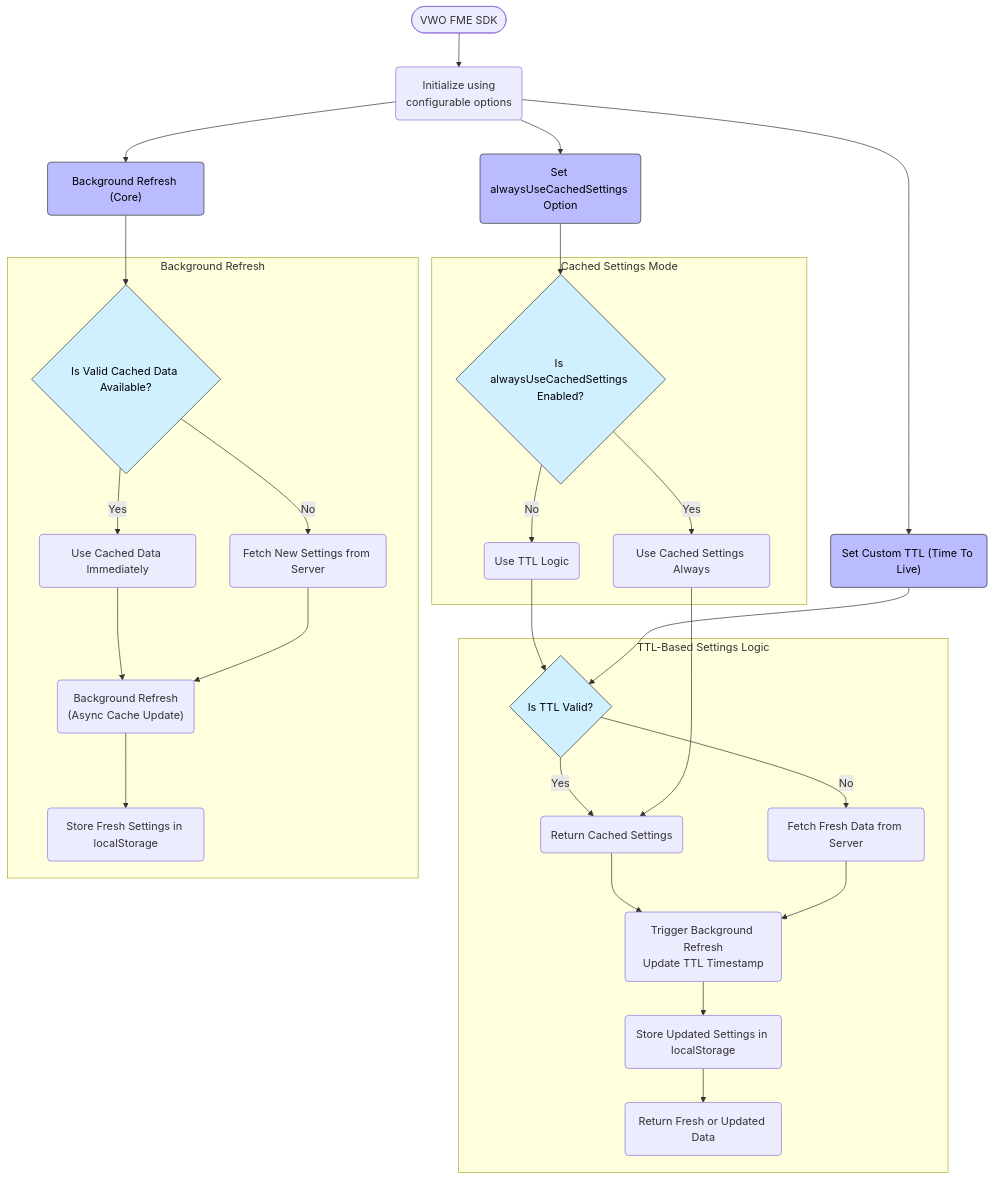
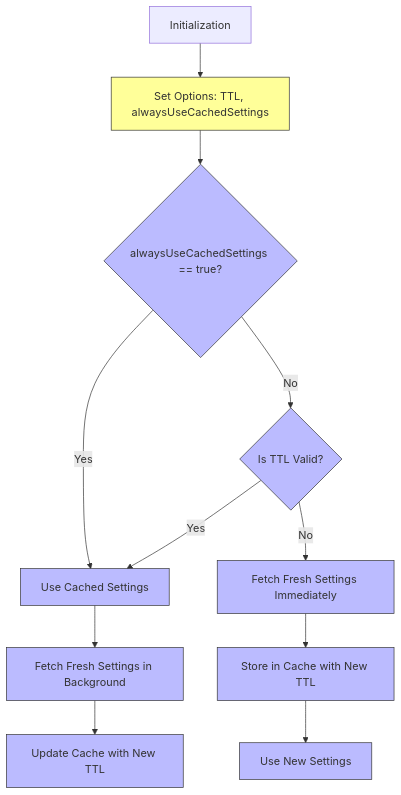
The diagram in docs/SDK Reference/mobile-sdks/fme-javascript/cache-settings.md (wingify/readme-central), drawn with Mermaid before and after one commit.

Commit message:
Update doc `cache-settings`

````diff
--- a/docs/SDK Reference/mobile-sdks/fme-javascript/cache-settings.md
+++ b/docs/SDK Reference/mobile-sdks/fme-javascript/cache-settings.md
@@ -128,56 +128,25 @@
 ```mermaid
 flowchart TD
+    A[Initialization] --> B[Set Options: TTL, alwaysUseCachedSettings]
+    B --> C{alwaysUseCachedSettings == true?}
 
-    %% ENTRY POINT
-    A0(["VWO FME SDK"]) --> A("Initialize using<br/>configurable options")
-    A --> B("Set Custom TTL (Time To Live)")
-    A --> C("Set alwaysUseCachedSettings Option")
-    A --> D("Background Refresh (Core)")
+    %% If alwaysUseCachedSettings is true
+    C -->|Yes| D[Use Cached Settings]
+    D --> E[Fetch Fresh Settings in Background]
+    E --> F[Update Cache with New TTL]
+    
+    %% If alwaysUseCachedSettings is false
+    C -->|No| G{Is TTL Valid?}
 
-    %% TTL Settings Logic (Reusable)
-    subgraph TTL_Logic ["TTL-Based Settings Logic"]
-        B1{"Is TTL Valid?"}
-        B1 -- Yes --> B2("Return Cached Settings")
-        B1 -- No --> B3("Fetch Fresh Data from Server")
-        B2 --> B4("Trigger Background Refresh<br/>Update TTL Timestamp")
-        B3 --> B4
-        B4 --> B5("Store Updated Settings in localStorage")
-        B5 --> B6("Return Fresh or Updated Data")
-    end
+    G -->|Yes| D[Use Cached Settings]
+    
+    G -->|No| K[Fetch Fresh Settings Immediately]
+    K --> L[Store in Cache with New TTL]
+    L --> M[Use New Settings]
 
-    %% alwaysUseCachedSettings Logic
-    subgraph alwaysUseCachedSettings_Logic ["Cached Settings Mode"]
-        C1{"Is alwaysUseCachedSettings Enabled?"}
-        C1 -- Yes --> C2("Use Cached Settings Always")
-        C1 -- No --> C3("Use TTL Logic")
-        C2 --> B2
-        C3 --> B1
-    end
+    classDef init fill:#ff9,stroke:#333,stroke-width:1px;
+    class B init;
 
-    %% Background Refresh Logic
-    subgraph Background_Refresh_Core ["Background Refresh"]
-        D1{"Is Valid Cached Data Available?"}
-        D1 -- Yes --> D2("Use Cached Data Immediately")
-        D1 -- No --> D3("Fetch New Settings from Server")
-        D2 --> D4("Background Refresh<br/>(Async Cache Update)")
-        D3 --> D4
-        D4 --> D5("Store Fresh Settings in localStorage")
-    end
-
-    %% Main Flow to Subgraphs
-    B --> B1
-    C --> C1
-    D --> D1
-
-    %% Assign Classes
-    class B ttlSettings
-    class C alwaysUseCachedSettings
-    class D backgroundRefresh
-    class B1,C1,D1 conditional
-
-    %% Define Styles
-    classDef ttlSettings fill:#bbf,stroke:#333,stroke-width:1px,color:#000
-    classDef alwaysUseCachedSettings fill:#bbf,stroke:#333,stroke-width:1px,color:#000
-    classDef backgroundRefresh fill:#bbf,stroke:#333,stroke-width:1px,color:#000
-    classDef conditional fill:#d0efff,stroke:#333,stroke-width:1px,color:#000
+    classDef logic fill:#bbf,stroke:#333,stroke-width:1px;
+    class C,D,E,F,G,H,I,J,K,L,M logic;
 ```
````
